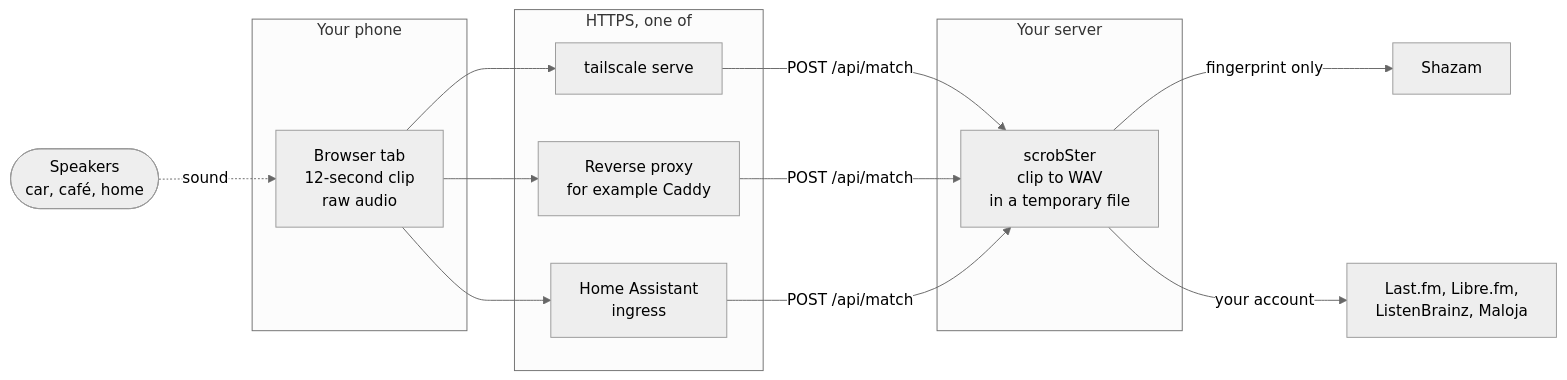
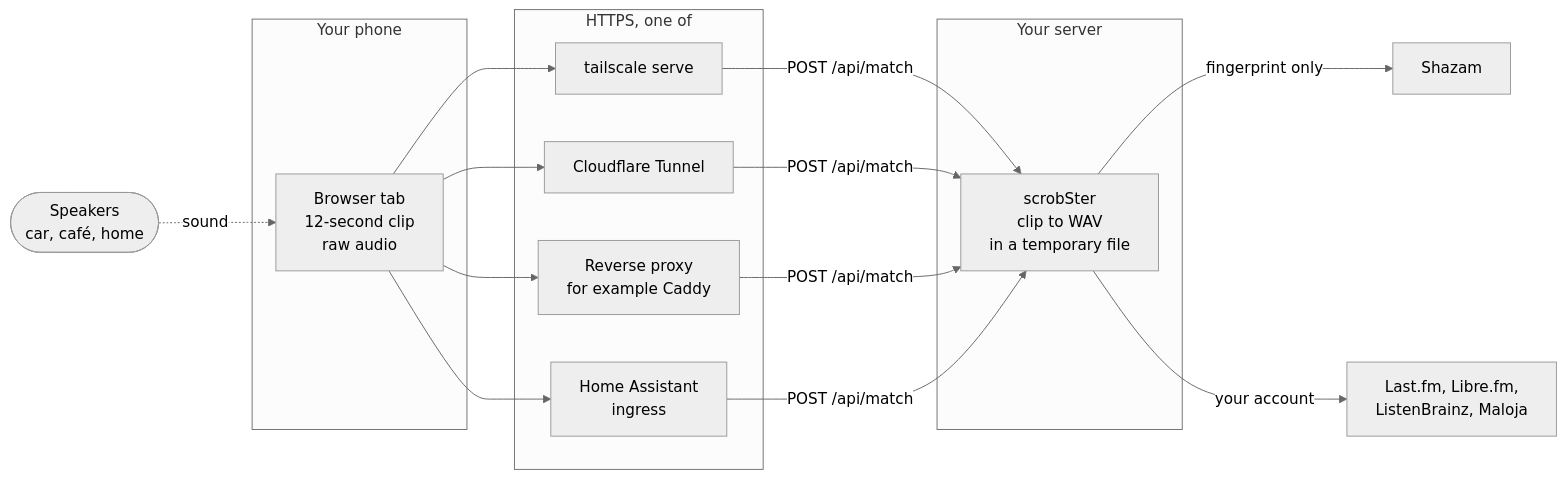
Before and after one commit to benkelly/scrobSter: the diagram in docs/guides/phone.md, drawn with Mermaid (neutral theme). The commit also changed other lines of this file, not shown here.

First line of the commit message:
Add Cloudflare Tunnel to the phone guide (#60)

````diff
--- a/docs/guides/phone.md
+++ b/docs/guides/phone.md
@@ -26,25 +26,28 @@
 ```mermaid
 flowchart LR
   accTitle: The path of one clip from a phone
-  accDescr: Speakers play music. The phone's microphone records a 12-second clip in the browser. The clip travels over HTTPS, through Tailscale, a reverse proxy or Home Assistant ingress, to scrobSter as POST /api/match. scrobSter decodes it to a temporary WAV file, sends only a fingerprint to Shazam, and scrobbles the match to your own services.
+  accDescr: Speakers play music. The phone's microphone records a 12-second clip in the browser. The clip travels over HTTPS, through Tailscale, a Cloudflare Tunnel, a reverse proxy or Home Assistant ingress, to scrobSter as POST /api/match. scrobSter decodes it to a temporary WAV file, sends only a fingerprint to Shazam, and scrobbles the match to your own services.
   spk(["Speakers<br/>car, café, home"]) -.->|"sound"| phone
   subgraph dev["Your phone"]
     phone["Browser tab<br/>12-second clip<br/>raw audio"]
   end
   subgraph https["HTTPS, one of"]
     ts["tailscale serve"]
+    cf["Cloudflare Tunnel"]
     proxy["Reverse proxy<br/>for example Caddy"]
     ingress["Home Assistant<br/>ingress"]
   end
   phone --> ts
+  phone --> cf
   phone --> proxy
   phone --> ingress
   ts -->|"POST /api/match"| app
+  cf -->|"POST /api/match"| app
   proxy -->|"POST /api/match"| app
   ingress -->|"POST /api/match"| app
   subgraph server["Your server"]
     app["scrobSter<br/>clip to WAV<br/>in a temporary file"]
   end
   app -->|"fingerprint only"| shazam["Shazam"]
   app -->|"your account"| services["Last.fm, Libre.fm,<br/>ListenBrainz, Maloja"]
 ```
````
